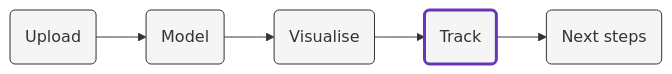
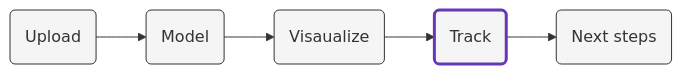
One commit to snowplow/mobile-hybrid-apps-accelerator changed the diagram in content/tracking/_index.md. Above: the diagram before and after it, drawn with Mermaid. The commit also changed 9 other files, not shown here.

```diff
--- a/content/tracking/_index.md
+++ b/content/tracking/_index.md
@@ -11,9 +11,9 @@
 {{<mermaid>}}
 flowchart LR
-    id1(Upload)-->id2(Model)-->id3(Visualise)-->id4(Track)-->id5(Next steps)
+    id1(Upload)-->id2(Model)-->id3(Visaualize)-->id4(Track)-->id5(Next steps)
     style id4 fill:#f5f5f5,stroke:#6638B8,stroke-width:3px
     style id1 fill:#f5f5f5,stroke:#333,stroke-width:1px
     style id3 fill:#f5f5f5,stroke:#333,stroke-width:1px
     style id5 fill:#f5f5f5,stroke:#333,stroke-width:1px
     style id2 fill:#f5f5f5,stroke:#333,stroke-width:1px
 {{</mermaid >}}
```
